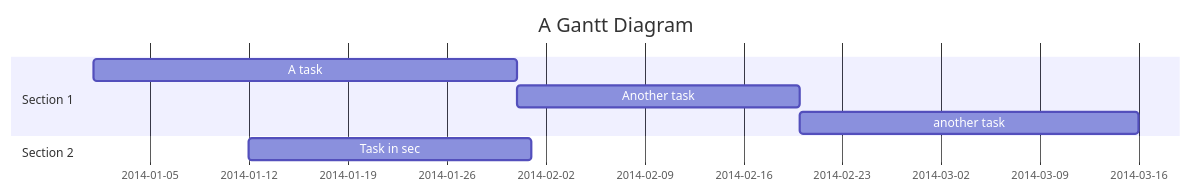
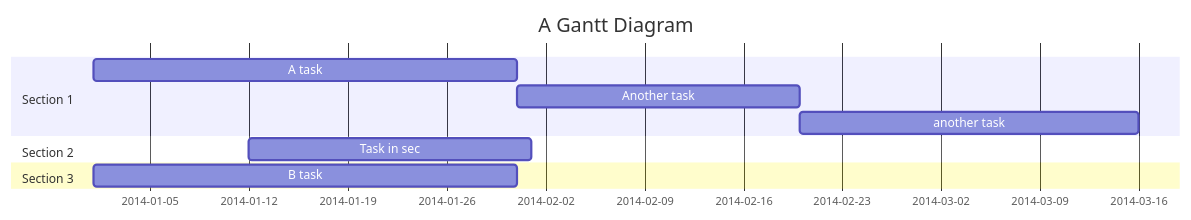
The third of 3 diagrams in Introduction-to-Mermaid.md (Lance238/WIKI), drawn with Mermaid before and after one commit.

```diff
--- a/Introduction-to-Mermaid.md
+++ b/Introduction-to-Mermaid.md
@@ -25,11 +25,13 @@
 ::: mermaid
 gantt
 title A Gantt Diagram
 dateFormat YYYY-MM-DD
 section Section 1
 A task :a1, 2014-01-01, 30d
 Another task :after a1 , 20d
 another task : 24d
 section Section 2
 Task in sec :2014-01-12 , 20d
+section Section 3
+B task : a1, 2014-01-01, 30d
 :::
```
